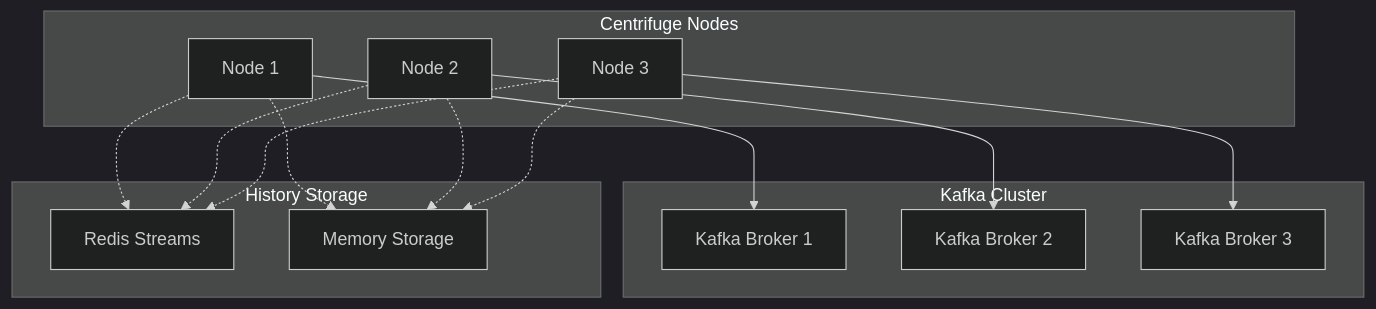
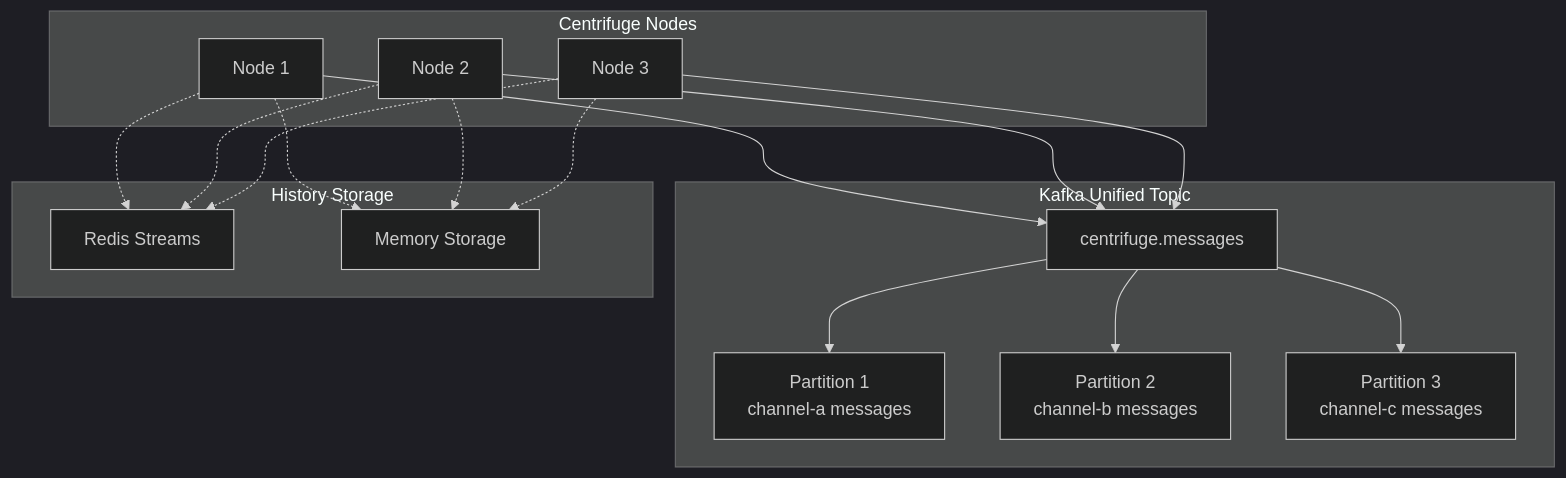
Before and after one commit to centrifugal/centrifuge: the first of 5 diagrams in doc/kafka_broker_implementation.md, drawn with Mermaid (dark theme). The commit also changed other lines of this file, not shown here.

First line of the commit message:
Refactor Kafka broker documentation to enhance clarity and structure

````diff
--- a/doc/kafka_broker_implementation.md
+++ b/doc/kafka_broker_implementation.md
@@ -20,31 +22,36 @@
 ```mermaid
 graph TB
     subgraph "Centrifuge Nodes"
         N1[Node 1]
         N2[Node 2] 
         N3[Node 3]
     end
     
-    subgraph "Kafka Cluster"
-        K1[Kafka Broker 1]
-        K2[Kafka Broker 2]
-        K3[Kafka Broker 3]
+    subgraph "Kafka Unified Topic"
+        UT[centrifuge.messages]
+        P1[Partition 1<br/>channel-a messages]
+        P2[Partition 2<br/>channel-b messages]
+        P3[Partition 3<br/>channel-c messages]
+        
+        UT --> P1
+        UT --> P2
+        UT --> P3
     end
     
     subgraph "History Storage"
         RS[Redis Streams]
         MS[Memory Storage]
     end
     
-    N1 --> K1
-    N2 --> K2
-    N3 --> K3
+    N1 --> UT
+    N2 --> UT
+    N3 --> UT
     
     N1 -.-> RS
     N2 -.-> RS
     N3 -.-> RS
     
     N1 -.-> MS
     N2 -.-> MS
     N3 -.-> MS
 ```
````
